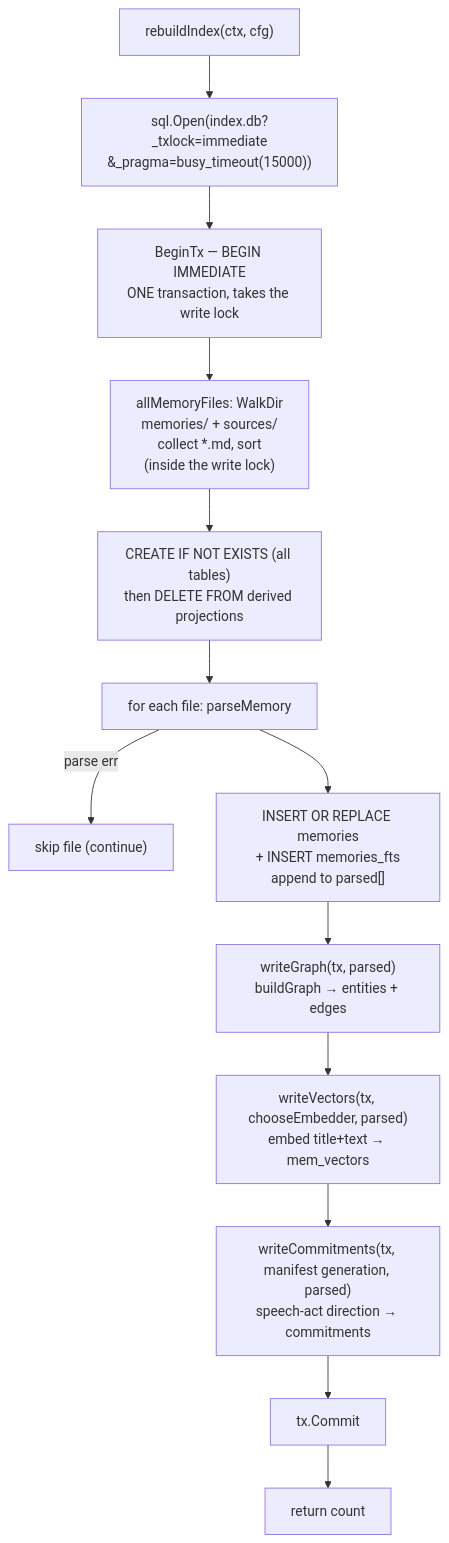
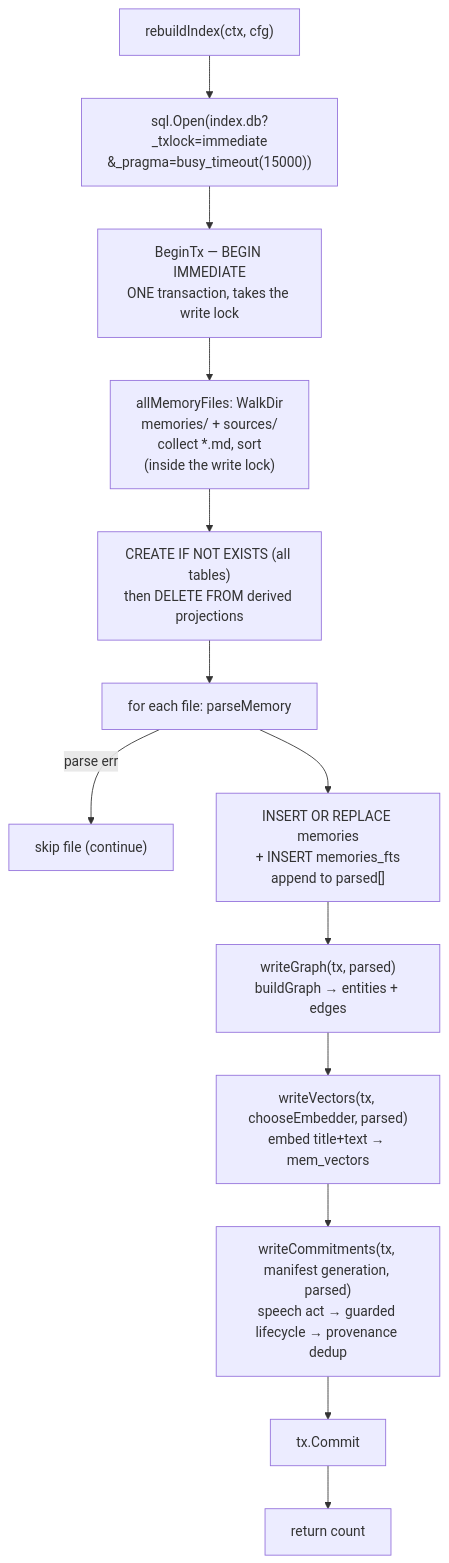
Before and after one commit to pyranthus-hq/mora: the fourth of 4 diagrams in docs/architecture/01-data-model-and-storage.md, drawn with Mermaid. The commit also changed other lines of this file and 14 other files, not shown here.

Commit message:
feat(commitments): resolve lifecycle and closure evidence

````diff
--- a/docs/architecture/01-data-model-and-storage.md
+++ b/docs/architecture/01-data-model-and-storage.md
@@ -225,15 +229,15 @@
 ```mermaid
 flowchart TD
     START["rebuildIndex(ctx, cfg)"] --> OPEN["sql.Open(index.db?_txlock=immediate<br/>&_pragma=busy_timeout(15000))"]
     OPEN --> TX["BeginTx — BEGIN IMMEDIATE<br/>ONE transaction, takes the write lock"]
     TX --> WALK["allMemoryFiles: WalkDir<br/>memories/ + sources/<br/>collect *.md, sort<br/>(inside the write lock)"]
     WALK --> DDL["CREATE IF NOT EXISTS (all tables)<br/>then DELETE FROM derived projections"]
     DDL --> LOOP["for each file: parseMemory"]
     LOOP -->|"parse err"| SKIPF["skip file (continue)"]
     LOOP --> INS["INSERT OR REPLACE memories<br/>+ INSERT memories_fts<br/>append to parsed[]"]
     INS --> GRAPH["writeGraph(tx, parsed)<br/>buildGraph → entities + edges"]
     GRAPH --> VEC["writeVectors(tx, chooseEmbedder, parsed)<br/>embed title+text → mem_vectors"]
-    VEC --> OBL["writeCommitments(tx, manifest generation, parsed)<br/>speech-act direction → commitments"]
+    VEC --> OBL["writeCommitments(tx, manifest generation, parsed)<br/>speech act → guarded lifecycle → provenance dedup"]
     OBL --> COMMIT["tx.Commit"]
     COMMIT --> N["return count"]
 ```
````
